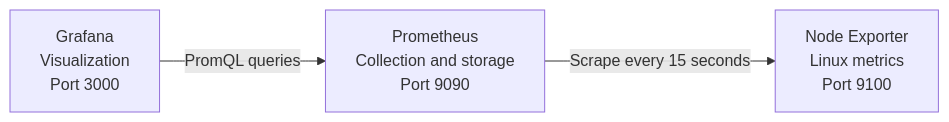
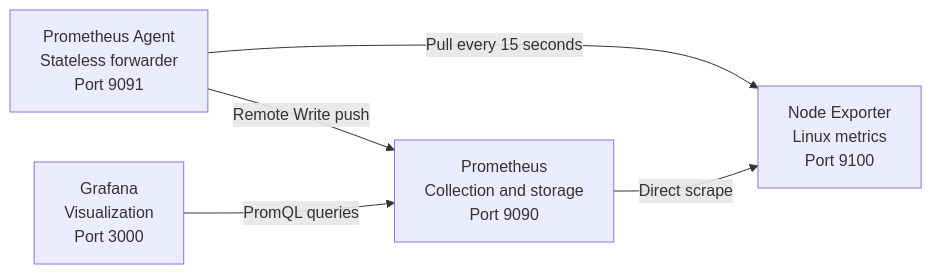
Before and after one commit to Hajar-Simplon/tp-monitoring-prometheus-grafana: the diagram in README.md, drawn with Mermaid. The commit also changed other lines of this file and 5 other files, not shown here.

Commit message:
feat: add stateless Prometheus Agent with remote write

````diff
--- a/README.md
+++ b/README.md
@@ -7,9 +7,12 @@
 ```mermaid
 flowchart LR
     N[Node Exporter<br/>Linux metrics<br/>Port 9100]
+    A[Prometheus Agent<br/>Stateless forwarder<br/>Port 9091]
     P[Prometheus<br/>Collection and storage<br/>Port 9090]
     G[Grafana<br/>Visualization<br/>Port 3000]
 
-    P -->|Scrape every 15 seconds| N
+    P -->|Direct scrape| N
+    A -->|Pull every 15 seconds| N
+    A -->|Remote Write push| P
     G -->|PromQL queries| P
 ```
````
